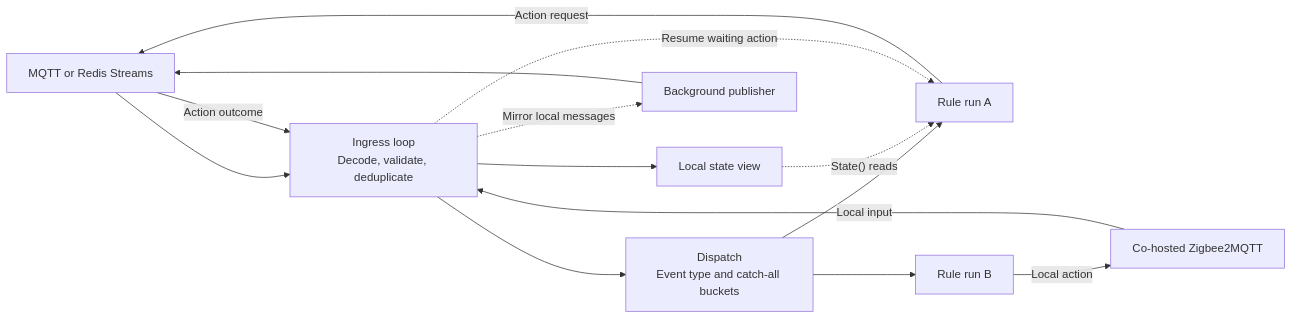
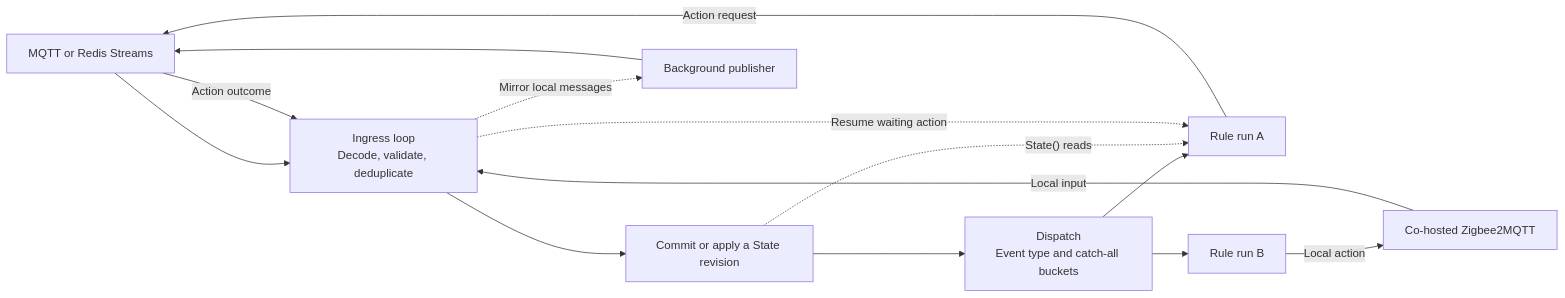
One commit to ChainsAutomation/chains2 changed the first of 2 diagrams in docs/rules-engine-concurrency.md. Above: the diagram before and after it, drawn with Mermaid. The commit also changed other lines of this file and 56 other files, not shown here.

````diff
--- a/docs/rules-engine-concurrency.md
+++ b/docs/rules-engine-concurrency.md
@@ -7,16 +7,16 @@
 ```mermaid
 flowchart LR
     Bus["MQTT or Redis Streams"] --> Ingress["Ingress loop<br/>Decode, validate, deduplicate"]
-    Ingress --> Dispatch["Dispatch<br/>Event type and catch-all buckets"]
-    Ingress --> State["Local state view"]
+    Ingress --> State["Commit or apply a State revision"]
+    State --> Dispatch["Dispatch<br/>Event type and catch-all buckets"]
     Dispatch --> RunA["Rule run A"]
     Dispatch --> RunB["Rule run B"]
     State -. "State() reads" .-> RunA
     RunA -->|Action request| Bus
     Bus -->|Action outcome| Ingress
     Ingress -. "Resume waiting action" .-> RunA
     Bridge["Co-hosted Zigbee2MQTT"] -->|Local input| Ingress
     RunB -->|Local action| Bridge
     Ingress -. "Mirror local messages" .-> Publisher["Background publisher"]
     Publisher --> Bus
 ```
````
